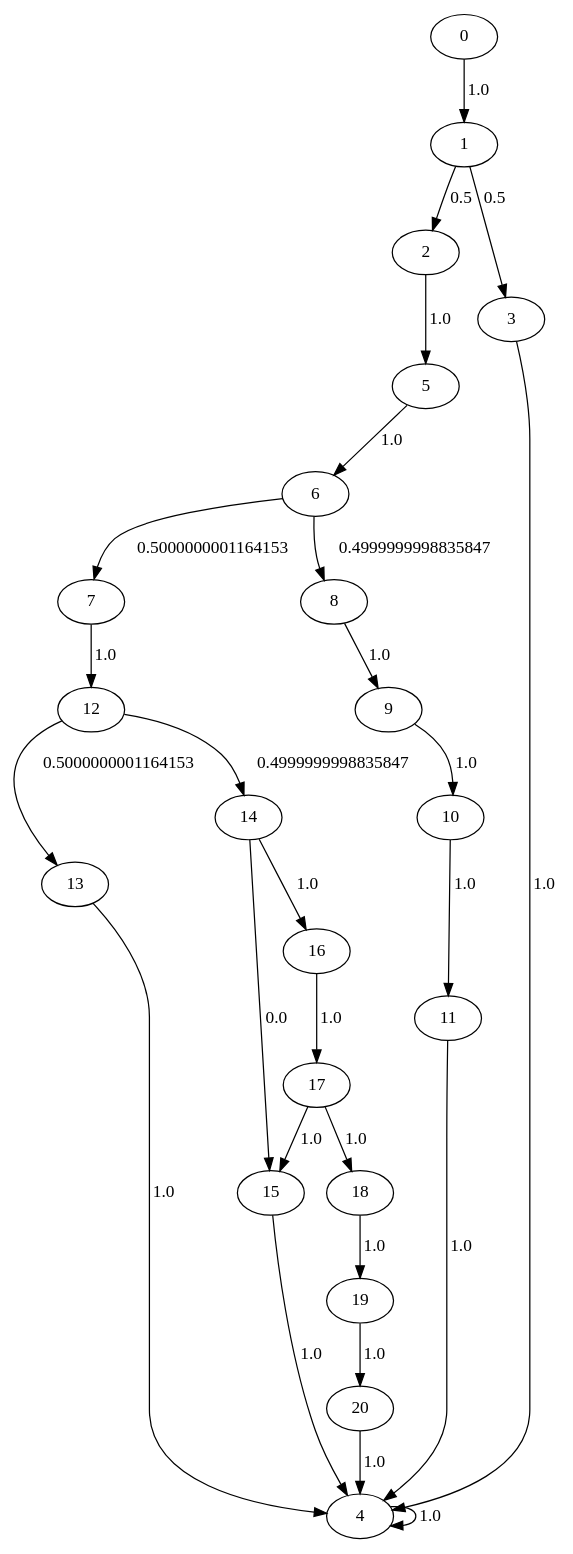
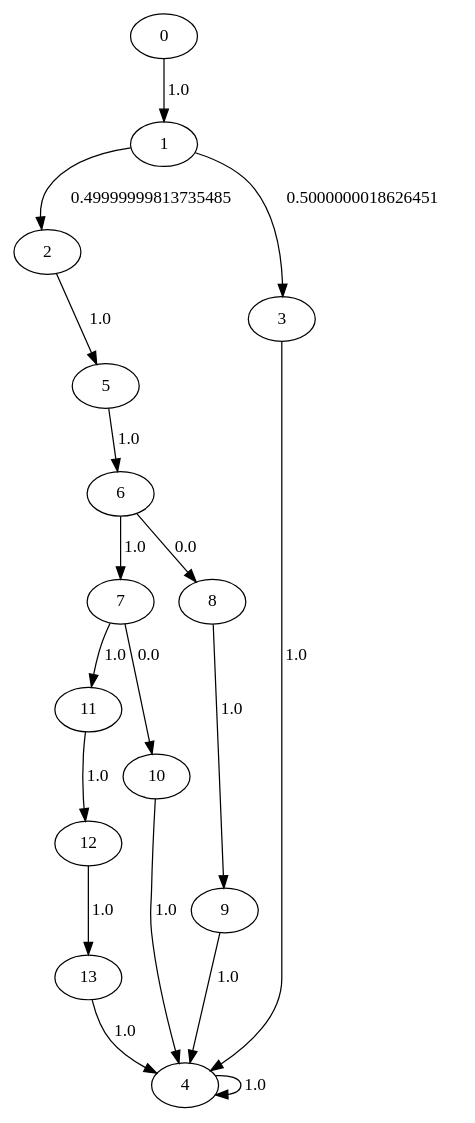
One commit to seemantasaha/DependencyAnalysis changed the diagram in LMain_test.dot. Above: the diagram before and after it, drawn with Graphviz. The commit also changed 55 other files, not shown here.

```diff
--- a/LMain_test.dot
+++ b/LMain_test.dot
@@ -1,28 +1,19 @@
 digraph {
-	11 -> 4[label= "1.0"];
-	12 -> 13[label= "0.5000000001164153"];
-	12 -> 14[label= "0.4999999998835847"];
+	11 -> 12[label= "1.0"];
+	12 -> 13[label= "1.0"];
 	13 -> 4[label= "1.0"];
-	14 -> 15[label= "0.0"];
-	14 -> 16[label= "1.0"];
-	15 -> 4[label= "1.0"];
-	16 -> 17[label= "1.0"];
-	17 -> 15[label= "1.0"];
-	17 -> 18[label= "1.0"];
-	18 -> 19[label= "1.0"];
-	19 -> 20[label= "1.0"];
 	0 -> 1[label= "1.0"];
-	1 -> 2[label= "0.5"];
-	1 -> 3[label= "0.5"];
+	1 -> 2[label= "0.49999999813735485"];
+	1 -> 3[label= "0.5000000018626451"];
 	2 -> 5[label= "1.0"];
 	3 -> 4[label= "1.0"];
 	4 -> 4[label= "1.0"];
 	5 -> 6[label= "1.0"];
-	6 -> 7[label= "0.5000000001164153"];
-	6 -> 8[label= "0.4999999998835847"];
-	7 -> 12[label= "1.0"];
+	6 -> 7[label= "1.0"];
+	6 -> 8[label= "0.0"];
+	7 -> 10[label= "0.0"];
+	7 -> 11[label= "1.0"];
 	8 -> 9[label= "1.0"];
-	9 -> 10[label= "1.0"];
-	20 -> 4[label= "1.0"];
-	10 -> 11[label= "1.0"];
+	9 -> 4[label= "1.0"];
+	10 -> 4[label= "1.0"];
 }
```
